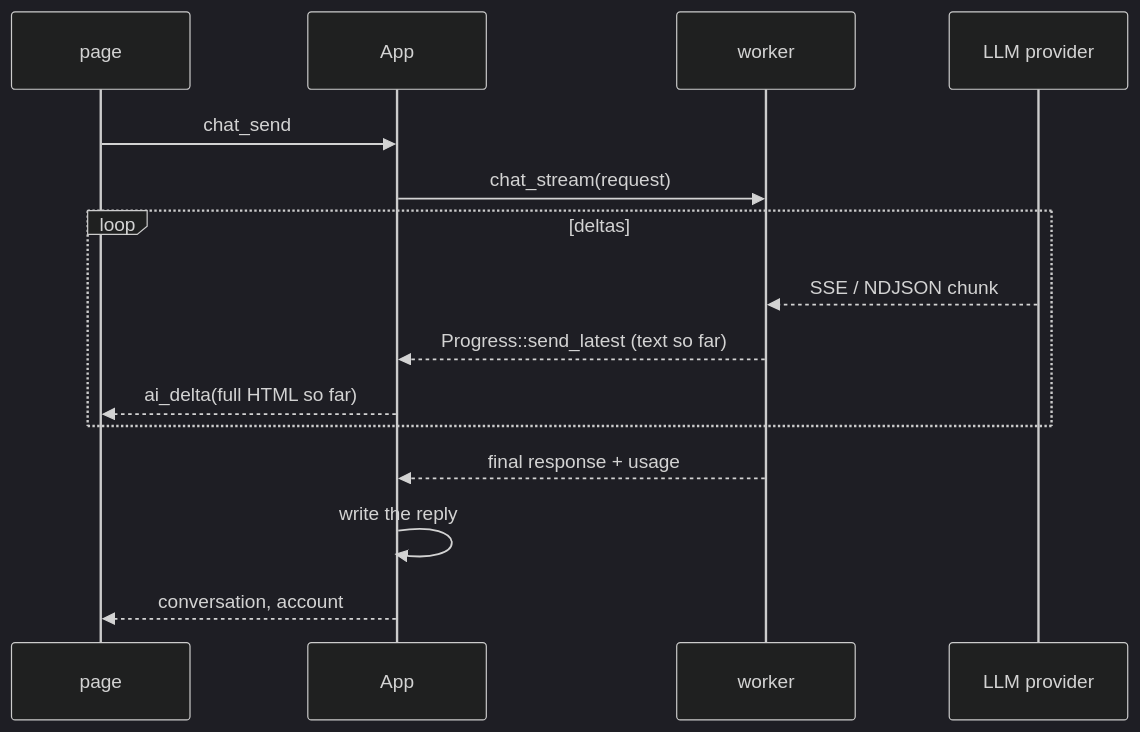
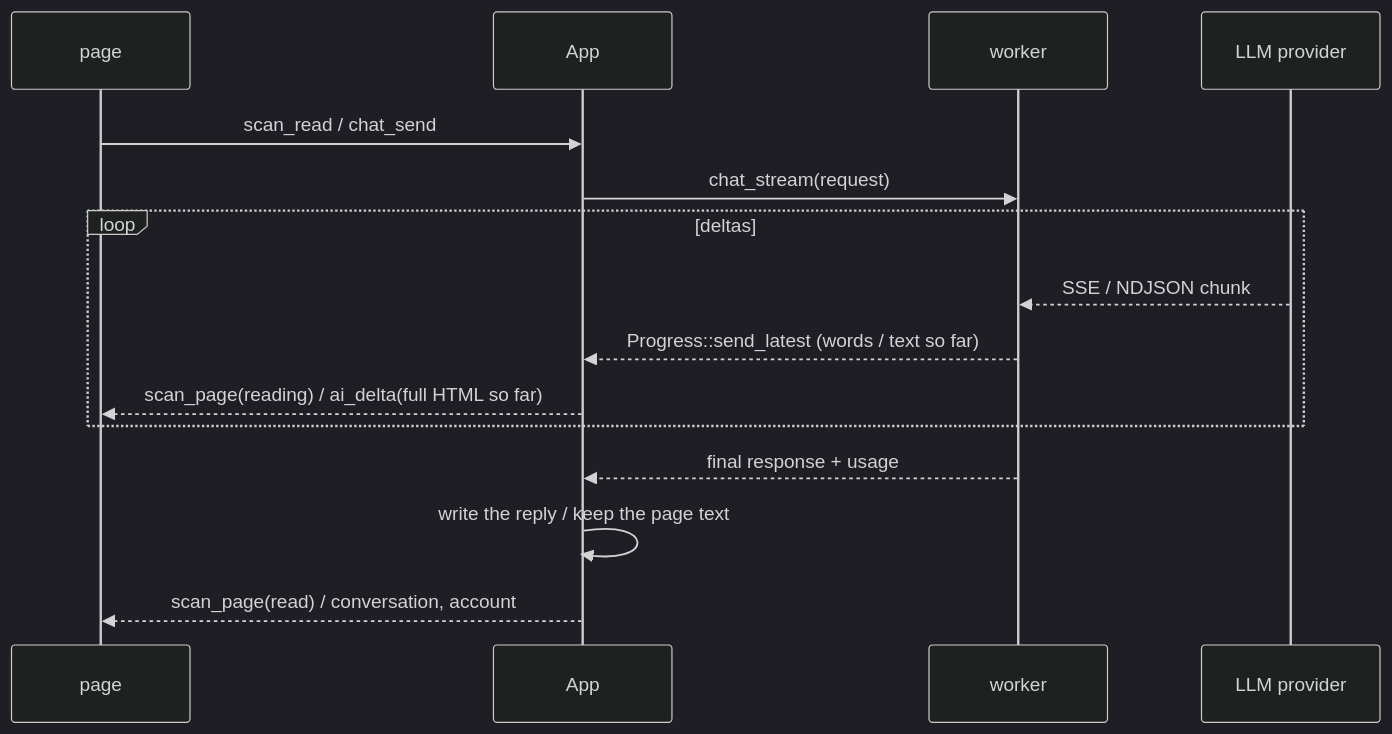
One commit to steschu77/avelor changed the diagram in docs/assistant.md. Above: the diagram before and after it, drawn with Mermaid (dark theme). The commit also changed other lines of this file and 18 other files, not shown here.

````diff
--- a/docs/assistant.md
+++ b/docs/assistant.md
@@ -125,17 +126,17 @@
 ```mermaid
 sequenceDiagram
     participant P as page
     participant S as App
     participant W as worker
     participant L as LLM provider
-    P->>S: chat_send
+    P->>S: scan_read / chat_send
     S->>W: chat_stream(request)
     loop deltas
         L-->>W: SSE / NDJSON chunk
-        W-->>S: Progress::send_latest (text so far)
-        S-->>P: ai_delta(full HTML so far)
+        W-->>S: Progress::send_latest (words / text so far)
+        S-->>P: scan_page(reading) / ai_delta(full HTML so far)
     end
     W-->>S: final response + usage
-    S->>S: write the reply
-    S-->>P: conversation, account
+    S->>S: write the reply / keep the page text
+    S-->>P: scan_page(read) / conversation, account
 ```
````
